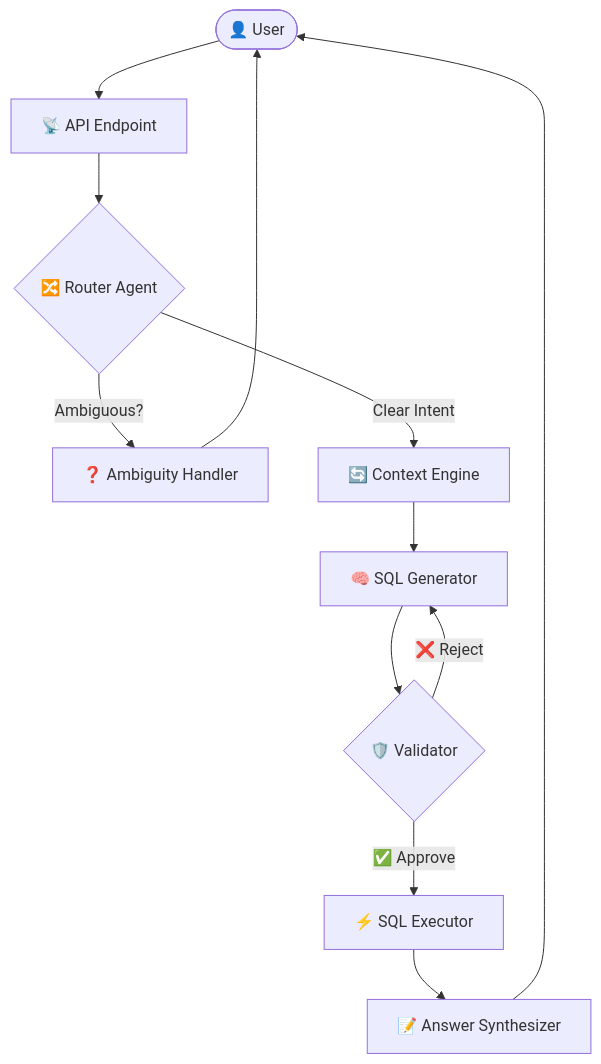
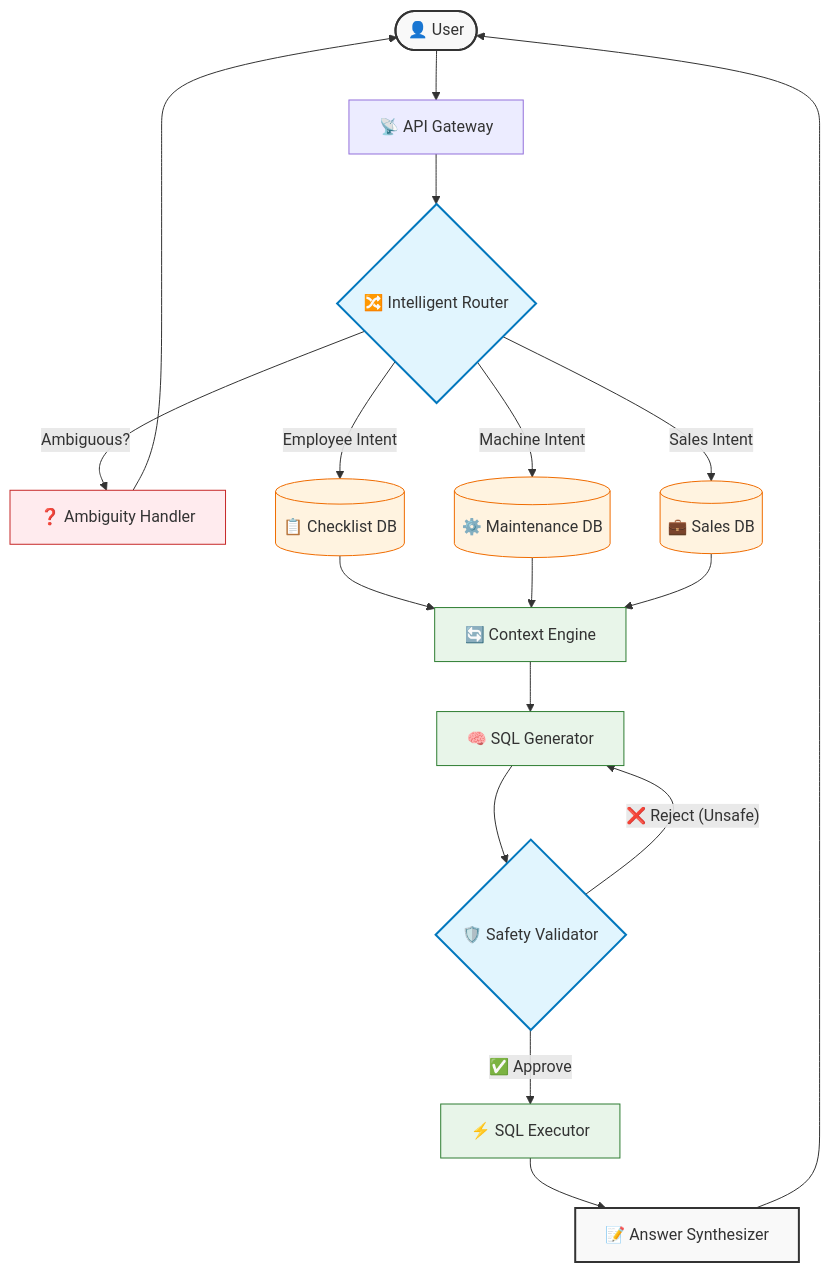
Before and after one commit to missagar01/sagar-ai-agent-backend: the diagram in README.md, drawn with Mermaid.

Commit message:
docs: update system architecture diagram and feature detailed multi-DB flow

````diff
--- a/README.md
+++ b/README.md
@@ -38,18 +38,34 @@
 ```mermaid
 graph TD
-    User([👤 User]) --> API[📡 API Endpoint]
-    API --> Router{🔀 Router Agent}
+    %% -- Styling Definitions --
+    classDef userNode fill:#f9f9f9,stroke:#333,stroke-width:2px;
+    classDef routerNode fill:#e1f5fe,stroke:#0277bd,stroke-width:2px;
+    classDef dbNode fill:#fff3e0,stroke:#ef6c00,stroke-width:1px;
+    classDef logicNode fill:#e8f5e9,stroke:#2e7d32,stroke-width:1px;
+    classDef errorNode fill:#ffebee,stroke:#c62828,stroke-width:1px;
+
+    %% -- The Main Flow --
+    User([👤 User]):::userNode --> API[📡 API Gateway]
+    API --> Router{🔀 Intelligent Router}:::routerNode
     
-    Router -- Ambiguous? --> Clarify[❓ Ambiguity Handler]
+    %% -- Ambiguity Path --
+    Router -- "Ambiguous?" --> Clarify[❓ Ambiguity Handler]:::errorNode
     Clarify --> User
     
-    Router -- Clear Intent --> Reformulate[🔄 Context Engine]
-    Reformulate --> Generator[🧠 SQL Generator]
+    %% -- Multi-Database Routing --
+    Router -- "Employee Intent" --> DB_Checklist[(📋 Checklist DB)]:::dbNode
+    Router -- "Machine Intent" --> DB_Sagar[(⚙️ Maintenance DB)]:::dbNode
+    Router -- "Sales Intent" --> DB_L2O[(💼 Sales DB)]:::dbNode
     
-    Generator --> Validator{🛡️ Validator}
-    Validator -- ❌ Reject --> Generator
-    Validator -- ✅ Approve --> Executor[⚡ SQL Executor]
+    %% -- The Autonomous Agent Loop (Shared Logic) --
+    DB_Checklist & DB_Sagar & DB_L2O --> Context[🔄 Context Engine]:::logicNode
+    Context --> Generator[🧠 SQL Generator]:::logicNode
     
-    Executor --> Synthesizer[📝 Answer Synthesizer]
+    Generator --> Validator{🛡️ Safety Validator}:::routerNode
+    Validator -- "❌ Reject (Unsafe)" --> Generator
+    Validator -- "✅ Approve" --> Executor[⚡ SQL Executor]:::logicNode
+    
+    %% -- Final Response --
+    Executor --> Synthesizer[📝 Answer Synthesizer]:::userNode
     Synthesizer --> User
 ```
````
